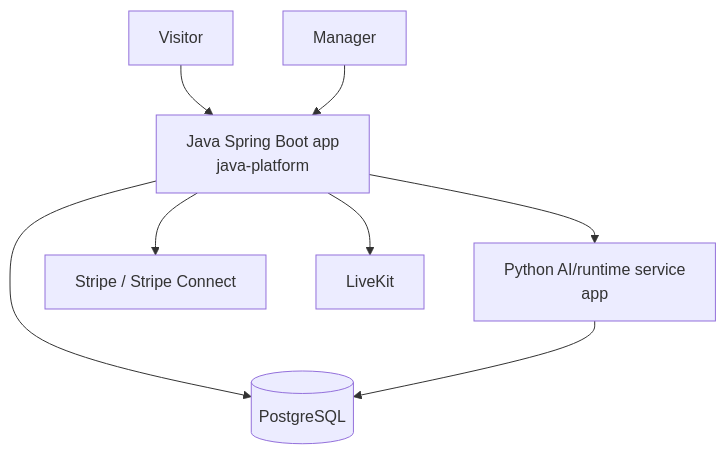
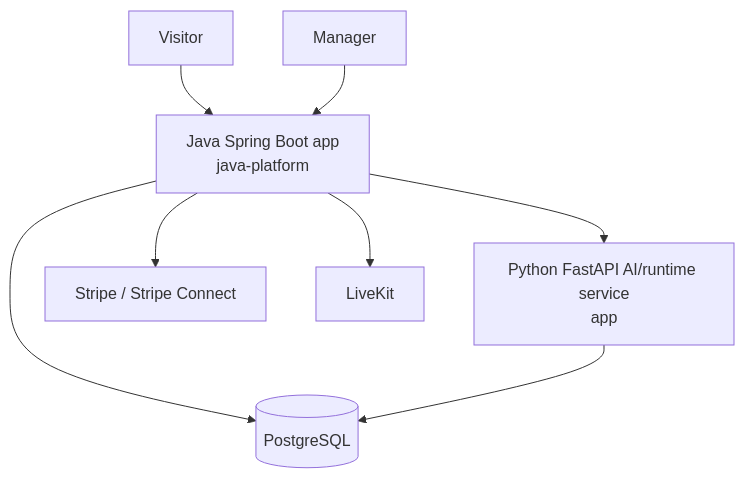
Before and after one commit to Codere11/ACE-RealEstate-Showcase: the first of 4 diagrams in ARCHITECTURE.md, drawn with Mermaid. The commit also changed other lines of this file and 227 other files, not shown here.

Commit message:
Clean repo around Java app and Python runtime

````diff
--- a/ARCHITECTURE.md
+++ b/ARCHITECTURE.md
@@ -14,10 +7,10 @@
 ```mermaid
 graph TD
     Visitor[Visitor] --> Java[Java Spring Boot app\njava-platform]
     Manager[Manager] --> Java
     Java --> Postgres[(PostgreSQL)]
-    Java --> Python[Python AI/runtime service\napp]
+    Java --> Python[Python FastAPI AI/runtime service\napp]
     Java --> Stripe[Stripe / Stripe Connect]
     Java --> LiveKit[LiveKit]
     Python --> Postgres
 ```
````
